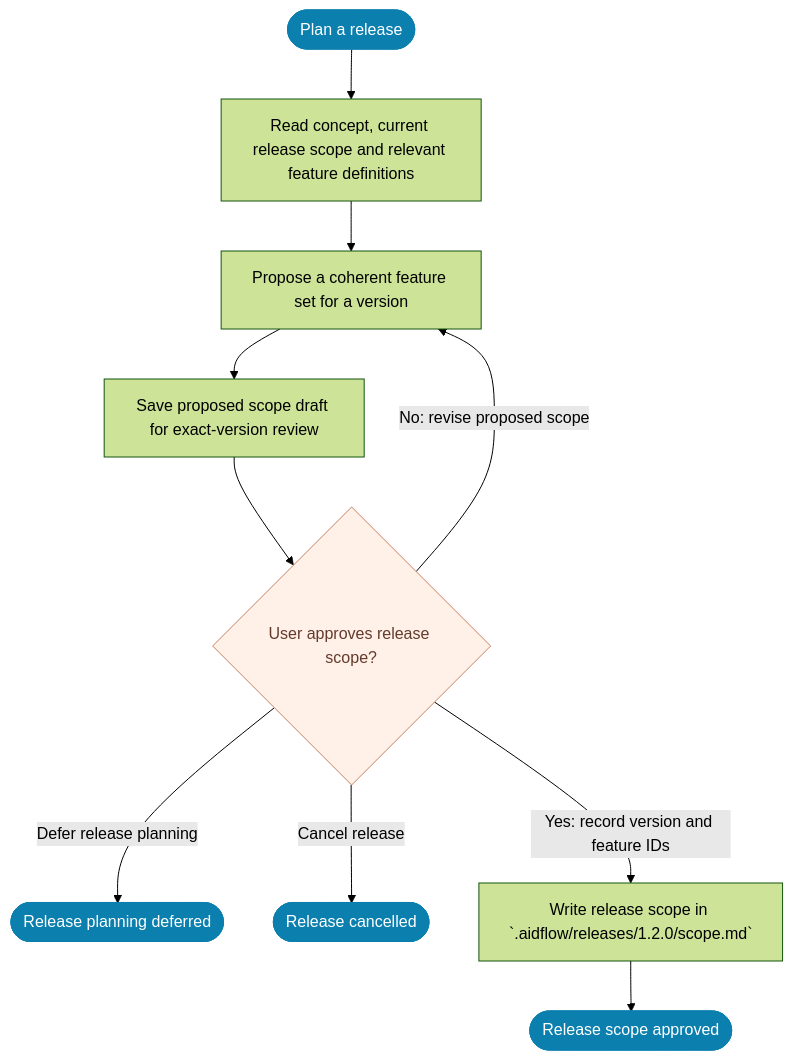
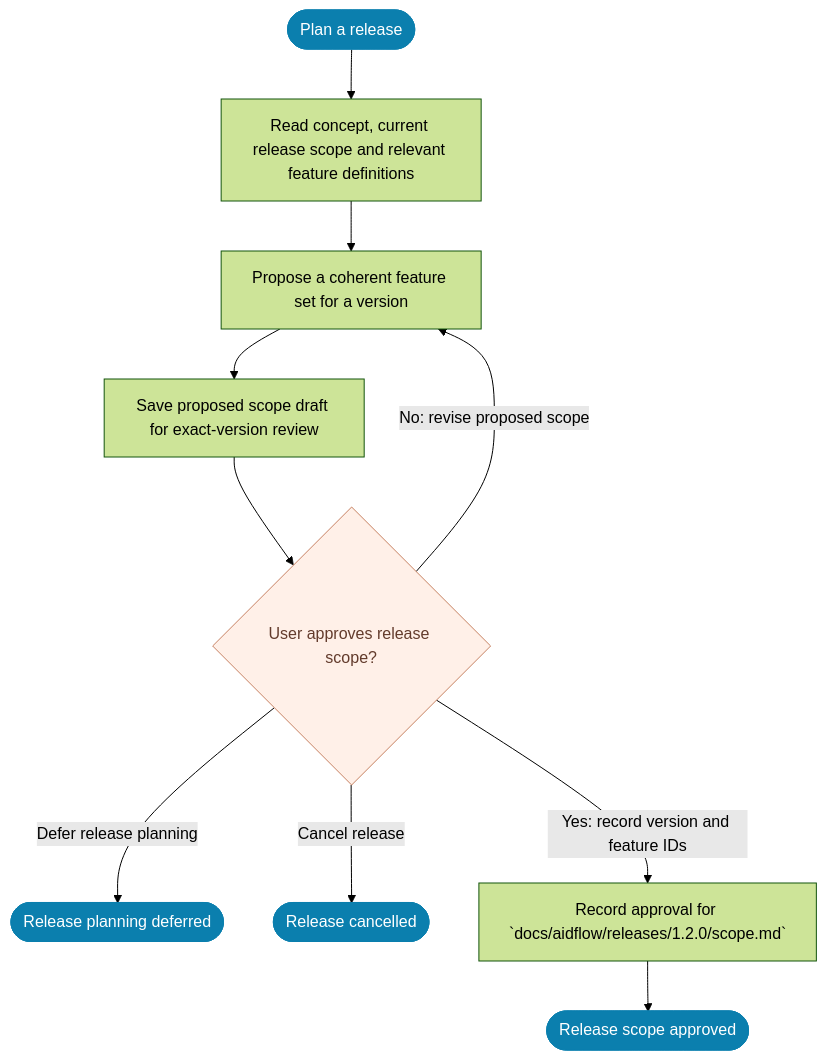
One commit to vanlangenlabs/aidflow changed the diagram in flows/release-planning.mmd. Above: the diagram before and after it, drawn with Mermaid (forest theme). The commit also changed 14 other files, not shown here.

```diff
--- a/flows/release-planning.mmd
+++ b/flows/release-planning.mmd
@@ -1,52 +1,52 @@
 flowchart TD
     start([Plan a release]) --> readBacklog[Read concept, current release scope and relevant feature definitions]
 %% @aidflow-context readBacklog
 %% For a new release, read relevant approved backlog Definitions and the concept.
 %% For replanning, also load the current scope, all its feature Definitions/statuses,
 %% change findings and current evidence, including selected/implementing/verifying/
 %% verified features. Existing membership is not lost because a feature left backlog.
 %% Propose retained, added and removed IDs explicitly; unresolved or unapproved
 %% Definitions cannot enter the approved scope. Preserve unaffected evidence with
 %% impact rationale. Use goals, dependencies, priority and capacity, never tracker
 %% order/status as approval. Do not select a feature belonging to another release.
 %% @end-aidflow-context
     readBacklog --> propose[Propose a coherent feature set for a version]
     propose --> draft[Save proposed scope draft for exact-version review]
     draft --> scopeApproval{User approves release scope?}
     scopeApproval -- No: revise proposed scope --> propose
     scopeApproval -- Defer release planning --> planningDeferred([Release planning deferred])
     scopeApproval -- Cancel release --> releaseCancelled([Release cancelled])
-    scopeApproval -- Yes: record version and feature IDs --> scope[Write release scope in `.aidflow/releases/1.2.0/scope.md`]
+    scopeApproval -- Yes: record version and feature IDs --> scope[Record approval for `docs/aidflow/releases/1.2.0/scope.md`]
     scope --> scopeReady([Release scope approved])
 %% @aidflow-context scopeApproval
 %% The human approves the exact version, included feature IDs, exclusions and
 %% release goals. Bind the decision to the scope file digest. A changed set needs
 %% a new scope approval. Deferring new planning leaves backlog unchanged;
 %% deferring an existing release preserves its membership and valid evidence.
 %% Record approval evidence in `.aidflow/index.md` using `reference/approvals.md` (relative to aidflow.md).
 
 %% Feature transitions owned by this phase:
 %% - `backlog` -> `selected`: Human approves inclusion in a release scope.
 %% - `selected` / `implementing` / `verifying` / `verified` -> `backlog`: Human removes feature from scope or cancels release; Definition remains approved. Preserve historical evidence.
 
 %% A feature belongs to at most one active release. Removing an unapproved feature
 %% keeps it clarifying, deferred or rejected, never backlog. Release deferral keeps
 %% membership and valid evidence; execution waits for explicit human reopening.
 
 %% Release transition `planning -> scope-pending-approval`: Self-reviewed scope lists exact feature IDs and version; record_status becomes pending-approval. Owner: AI prepares and requests approval.
 
 %% Release transition `scope-pending-approval -> scope-approved`: Scope digest is explicitly approved; append approval event. Owner: Human.
 
 %% Release transition `deferred -> planning`: User explicitly reopens planning; revalidate the backlog and release goals. Owner: Human.
 %% @end-aidflow-context
 
     classDef boundary fill:#0b7fae,color:#ffffff,stroke:#0b7fae
     class start,scopeReady,planningDeferred,releaseCancelled boundary
     classDef approval fill:#fff0e8,color:#633b2c,stroke:#c68162
     class scopeApproval approval
 
 %% @aidflow-context propose
-%% Record path: `.aidflow/releases/<version>/scope.md`.
+%% Record path: `docs/aidflow/releases/<version>/scope.md`.
 %% Record outline: Release goal; Included feature IDs; Excluded or deferred feature IDs; Dependencies and ordering; Release-level acceptance criteria.
 %% Mutable statuses belong in the index. Example IDs and versions are placeholders.
 %% @end-aidflow-context
```
